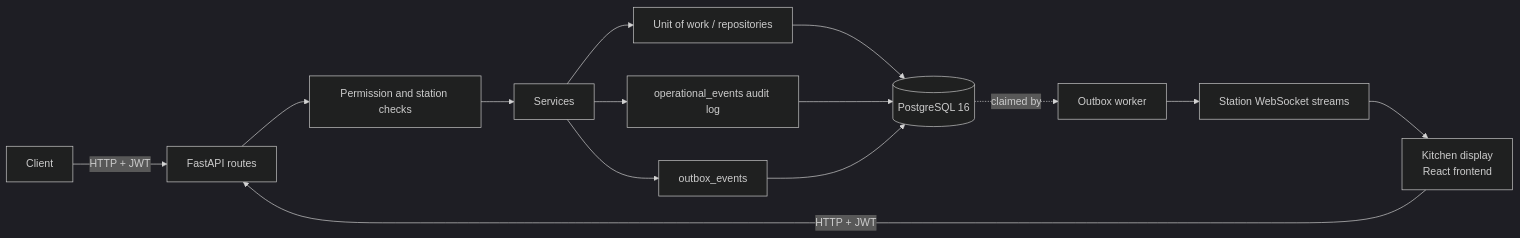
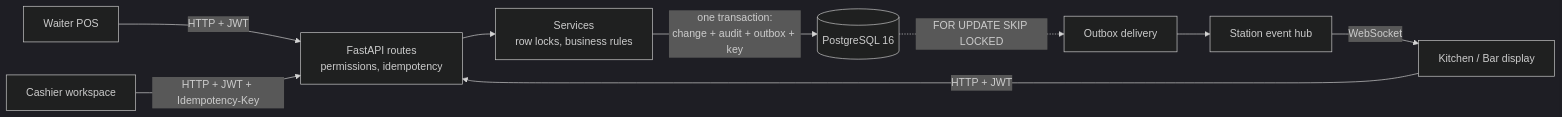
The diagram in README.md (ArturLy263/restaurant-os), drawn with Mermaid (dark theme) before and after one commit. The commit also changed other lines of this file and 26 other files, not shown here.

````diff
--- a/README.md
+++ b/README.md
@@ -40,16 +65,11 @@
 ```mermaid
 flowchart LR
-    Client -->|HTTP + JWT| API[FastAPI routes]
-    API --> Perm[Permission and station checks]
-    Perm --> Svc[Services]
-    Svc --> UoW[Unit of work / repositories]
-    UoW --> PG[(PostgreSQL 16)]
-    Svc --> Ev[operational_events audit log]
-    Ev --> PG
-    Svc --> OB[outbox_events]
-    OB --> PG
-    PG -.claimed by.-> W[Outbox worker]
-    W --> WS[Station WebSocket streams]
-    WS --> KDS[Kitchen display<br/>React frontend]
-    KDS -->|HTTP + JWT| API
+    POS[Waiter POS] -->|HTTP + JWT| API
+    CX[Cashier workspace] -->|HTTP + JWT + Idempotency-Key| API
+    KDS[Kitchen / Bar display] -->|HTTP + JWT| API
+    API[FastAPI routes<br/>permissions, idempotency] --> SVC[Services<br/>row locks, business rules]
+    SVC -->|one transaction:<br/>change + audit + outbox + key| PG[(PostgreSQL 16)]
+    PG -.->|FOR UPDATE SKIP LOCKED| DEL[Outbox delivery]
+    DEL --> HUB[Station event hub]
+    HUB -->|WebSocket| KDS
 ```
````
